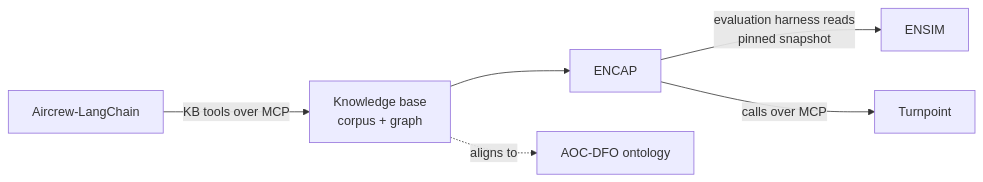
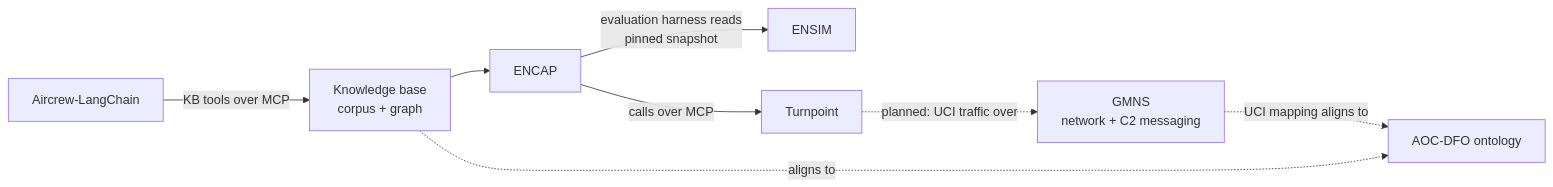
One commit to semanticarchitectures/acquisition-knowledge-system changed the diagram in .kiro/steering/portfolio.md. Above: the diagram before and after it, drawn with Mermaid. The commit also changed other lines of this file and 7 other files, not shown here.

````diff
--- a/.kiro/steering/portfolio.md
+++ b/.kiro/steering/portfolio.md
@@ -25,8 +26,10 @@
 ```mermaid
 flowchart LR
   KB[Knowledge base<br/>corpus + graph] --> ENCAP
   ENCAP -->|evaluation harness reads<br/>pinned snapshot| ENSIM
   ENCAP -->|calls over MCP| TP[Turnpoint]
   AL[Aircrew-LangChain] -->|KB tools over MCP| KB
   KB -.->|aligns to| AOC[AOC-DFO ontology]
+  TP -.->|planned: UCI traffic over| GMNS[GMNS<br/>network + C2 messaging]
+  GMNS -.->|UCI mapping aligns to| AOC
 ```
````
